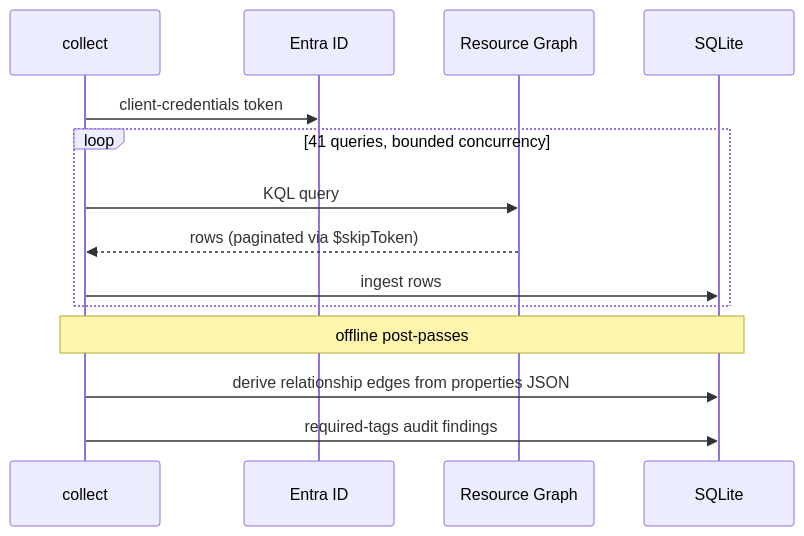
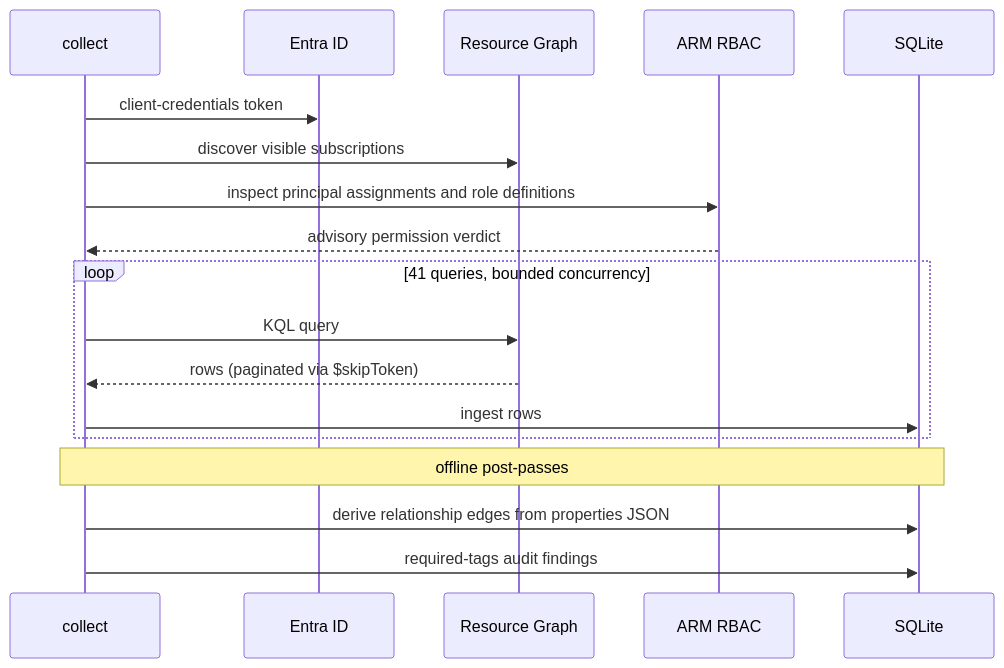
One commit to russmckendrick/azdocs changed the diagram in docs/usage/collecting.md. Above: the diagram before and after it, drawn with Mermaid. The commit also changed other lines of this file and 68 other files, not shown here.

````diff
--- a/docs/usage/collecting.md
+++ b/docs/usage/collecting.md
@@ -11,17 +11,21 @@
 ```mermaid
 sequenceDiagram
     participant C as collect
     participant E as Entra ID
     participant A as Resource Graph
+    participant R as ARM RBAC
     participant S as SQLite
 
     C->>E: client-credentials token
+    C->>A: discover visible subscriptions
+    C->>R: inspect principal assignments and role definitions
+    R-->>C: advisory permission verdict
     loop 41 queries, bounded concurrency
         C->>A: KQL query
         A-->>C: rows (paginated via $skipToken)
         C->>S: ingest rows
     end
     Note over C,S: offline post-passes
     C->>S: derive relationship edges from properties JSON
     C->>S: required-tags audit findings
 ```
````
